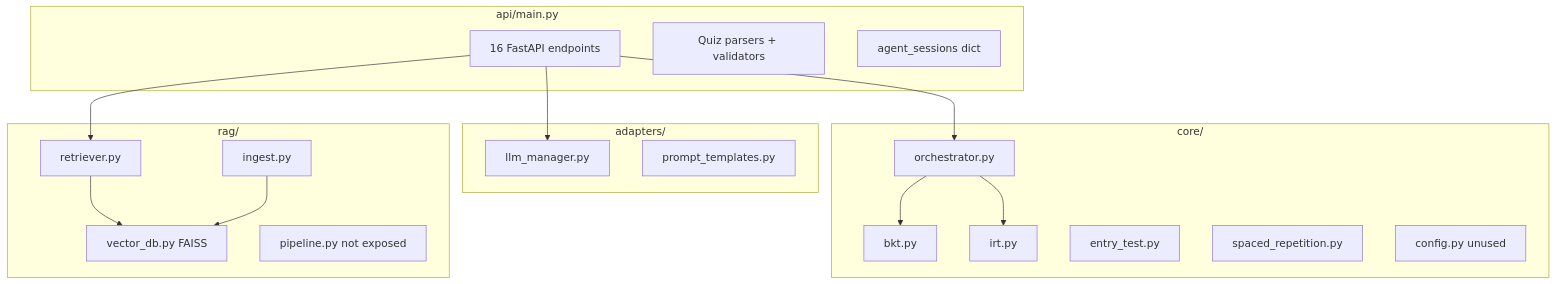
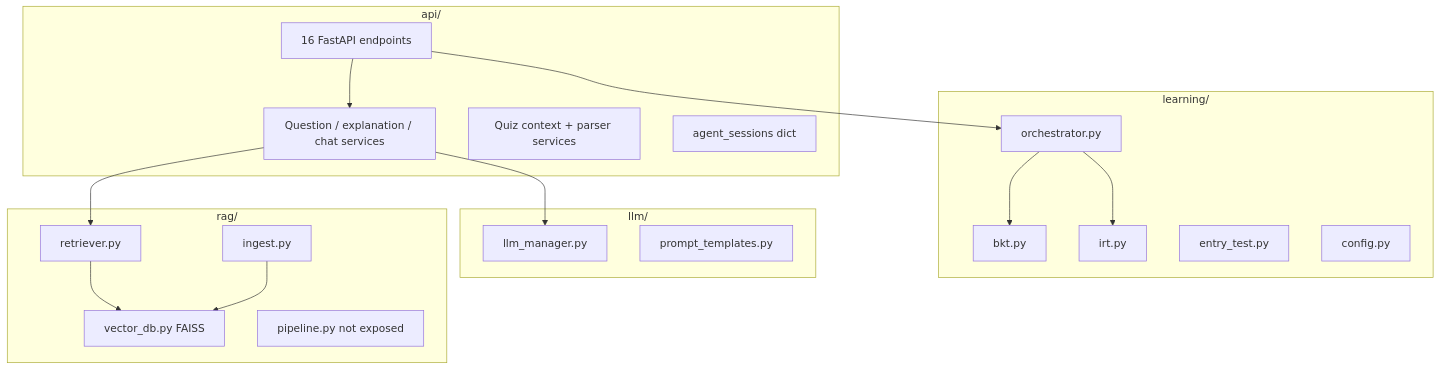
The diagram in docs/03-ai-agent-core/architecture.md (kuniquoc/eduboost), drawn with Mermaid before and after one commit. The commit also changed other lines of this file and 548 other files, not shown here.

````diff
--- a/docs/03-ai-agent-core/architecture.md
+++ b/docs/03-ai-agent-core/architecture.md
@@ -3,33 +3,34 @@
 ```mermaid
 flowchart TB
-    subgraph api [api/main.py]
+    subgraph api [api/]
         Endpoints[16 FastAPI endpoints]
-        Parsers[Quiz parsers + validators]
+        Services[Question / explanation / chat services]
+        Parsers[Quiz context + parser services]
         Sessions[agent_sessions dict]
     end
-    subgraph core [core/]
+    subgraph learning [learning/]
         BKT[bkt.py]
         IRT[irt.py]
         Orch[orchestrator.py]
         Entry[entry_test.py]
-        SR[spaced_repetition.py]
-        Config[config.py unused]
+        Config[config.py]
     end
-    subgraph adapters [adapters/]
+    subgraph llm [llm/]
         LLM[llm_manager.py]
         Prompts[prompt_templates.py]
     end
     subgraph rag [rag/]
         VDB[vector_db.py FAISS]
         Ret[retriever.py]
         Ing[ingest.py]
         Pipe[pipeline.py not exposed]
     end
     Endpoints --> Orch
-    Endpoints --> LLM
-    Endpoints --> Ret
+    Endpoints --> Services
+    Services --> LLM
+    Services --> Ret
     Orch --> BKT
     Orch --> IRT
     Ret --> VDB
     Ing --> VDB
 ```
````
